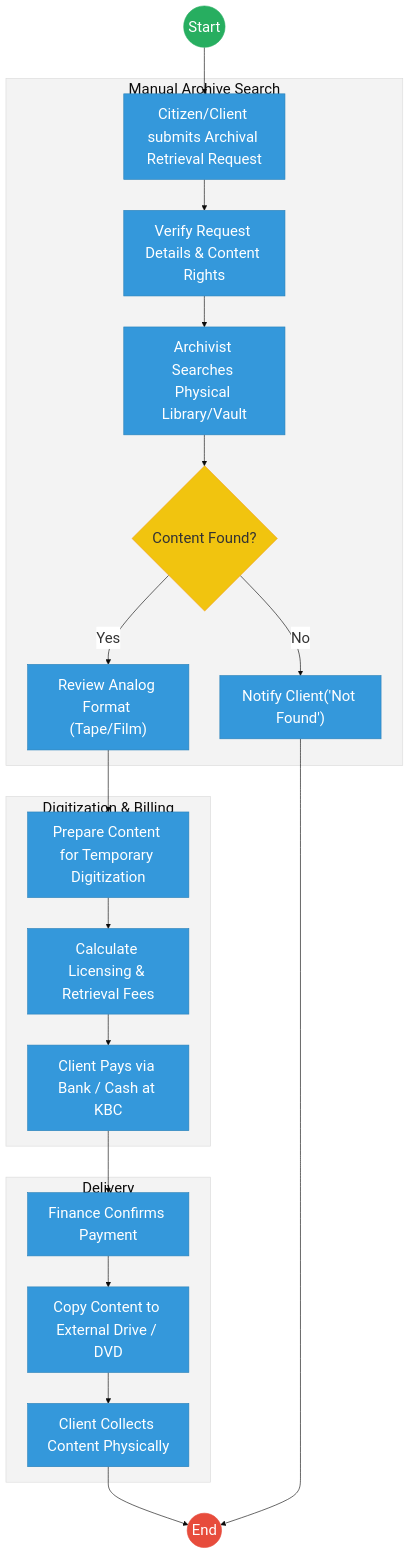
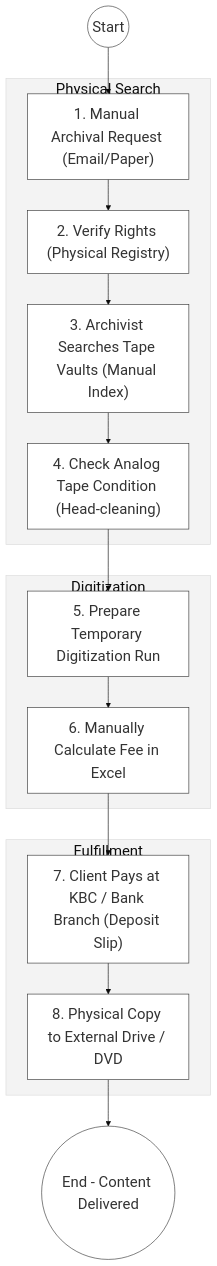
The first of 2 diagrams in mdas/docs_final/priority_mdas/Kenya_Broadcasting_Corporation___Service_Delivery.md (BITZ-IT-Consulting-LTD/ictapoc), drawn with Mermaid before and after one commit. The commit also changed other lines of this file and 37 other files, not shown here.

````diff
--- a/mdas/docs_final/priority_mdas/Kenya_Broadcasting_Corporation___Service_Delivery.md
+++ b/mdas/docs_final/priority_mdas/Kenya_Broadcasting_Corporation___Service_Delivery.md
@@ -32,38 +77,23 @@
 ```mermaid
 %%{init: { 'theme': 'base', 'themeVariables': { 'fontSize': '24px', 'fontFamily': 'Inter, system-ui, sans-serif', 'primaryColor': '#ffffff', 'edgeLabelBackground':'#ffffff', 'tertiaryColor': '#f3f3f3', 'mainBkg': '#ffffff', 'nodeBorder': '#333333' } } }%%
-graph TD
-    Start((Start)) --> Request["Citizen/Client submits Archival Retrieval Request"]
+flowchart TD
+    Start((Start)) --> Request["1. Manual Archival Request (Email/Paper)"]
     
-    subgraph Search["Manual Archive Search"]
-        Request --> Verify["Verify Request Details & Content Rights"]
-        Verify --> PhysicalSearch["Archivist Searches Physical Library/Vault"]
-        PhysicalSearch --> Found{"Content Found?"}
-        
-        Found -- "No" --> Notify["Notify Client('Not Found')"]
-        Found -- "Yes" --> Review["Review Analog Format (Tape/Film)"]
+    subgraph Library_Silo["Physical Search"]
+        Request --> Verify["2. Verify Rights (Physical Registry)"]
+        Verify --> Search["3. Archivist Searches Tape Vaults (Manual Index)"]
+        Search --> Condition["4. Check Analog Tape Condition (Head-cleaning)"]
     end
-    
-    subgraph Processing["Digitization & Billing"]
-        Review --> Prep["Prepare Content for Temporary Digitization"]
-        Prep --> Bill["Calculate Licensing & Retrieval Fees"]
-        Bill --> Payment["Client Pays via Bank / Cash at KBC"]
+
+    subgraph Processing_Silo["Digitization"]
+        Condition --> Prepare["5. Prepare Temporary Digitization Run"]
+        Prepare --> Bill["6. Manually Calculate Fee in Excel"]
     end
-    
-    subgraph Issuance [Delivery]
-        Payment --> Confirm["Finance Confirms Payment"]
-        Confirm --> Copy["Copy Content to External Drive / DVD"]
-        Copy --> Collect["Client Collects Content Physically"]
+
+    subgraph Delivery_Silo["Fulfillment"]
+        Bill --> Payment["7. Client Pays at KBC / Bank Branch (Deposit Slip)"]
+        Payment --> Copy["8. Physical Copy to External Drive / DVD"]
     end
-    
-    Collect --> End((End))
-    Notify --> End
 
-    classDef start fill:#27ae60,stroke:#27ae60,color:#fff,font-size:24px,font-size:24px;;
-    classDef endNode fill:#e74c3c,stroke:#e74c3c,color:#fff,font-size:24px,font-size:24px;;
-    classDef userTask fill:#3498db,stroke:#2980b9,color:#fff,font-size:24px,font-size:24px;;
-    classDef gateway fill:#f1c40f,stroke:#f39c12,color:#333,font-size:24px,font-size:24px;;
-    class Start start;
-    class End endNode;
-    class Found gateway;
-    class Request,Verify,PhysicalSearch,Review,Prep,Bill,Payment,Confirm,Copy,Collect,Notify userTask;
+    Copy --> EndProcess(("End - Content Delivered"))
 ```
````
